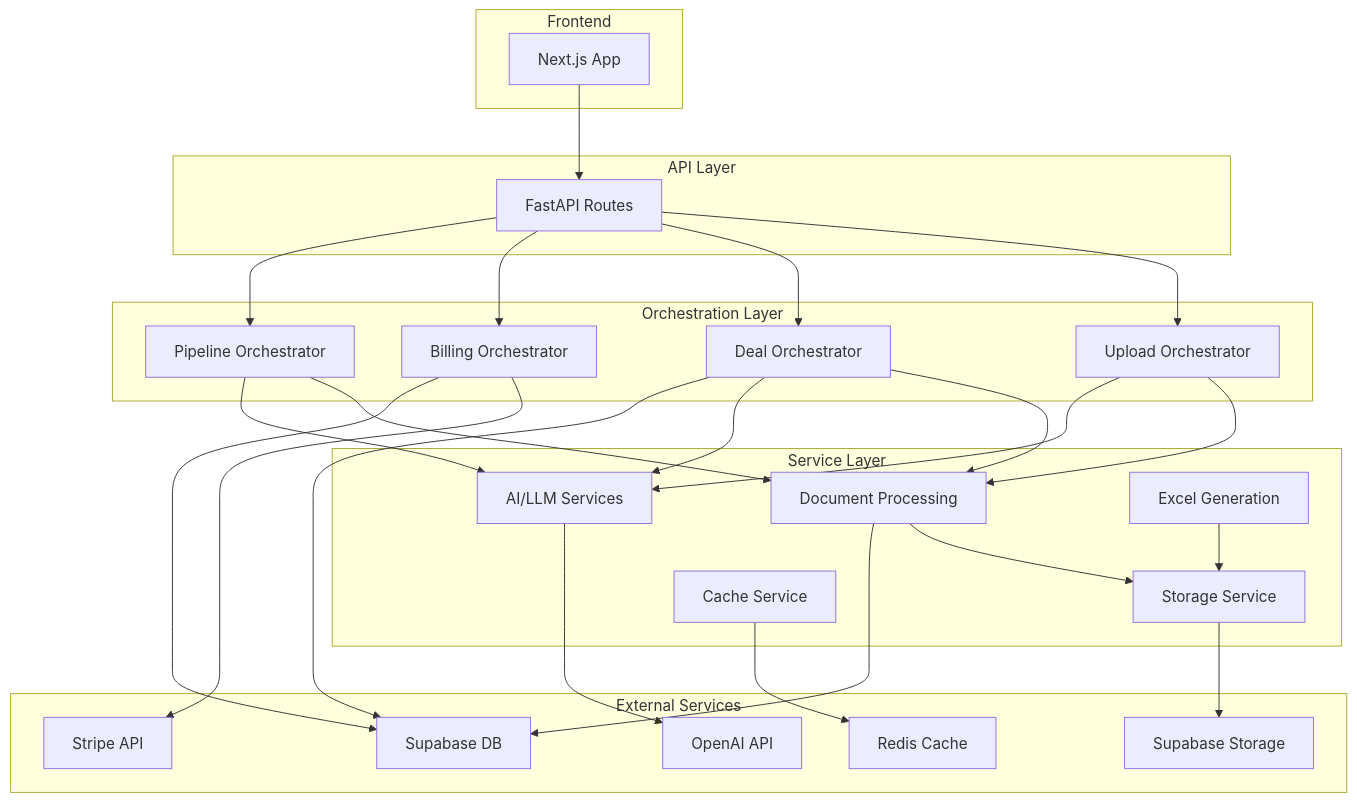
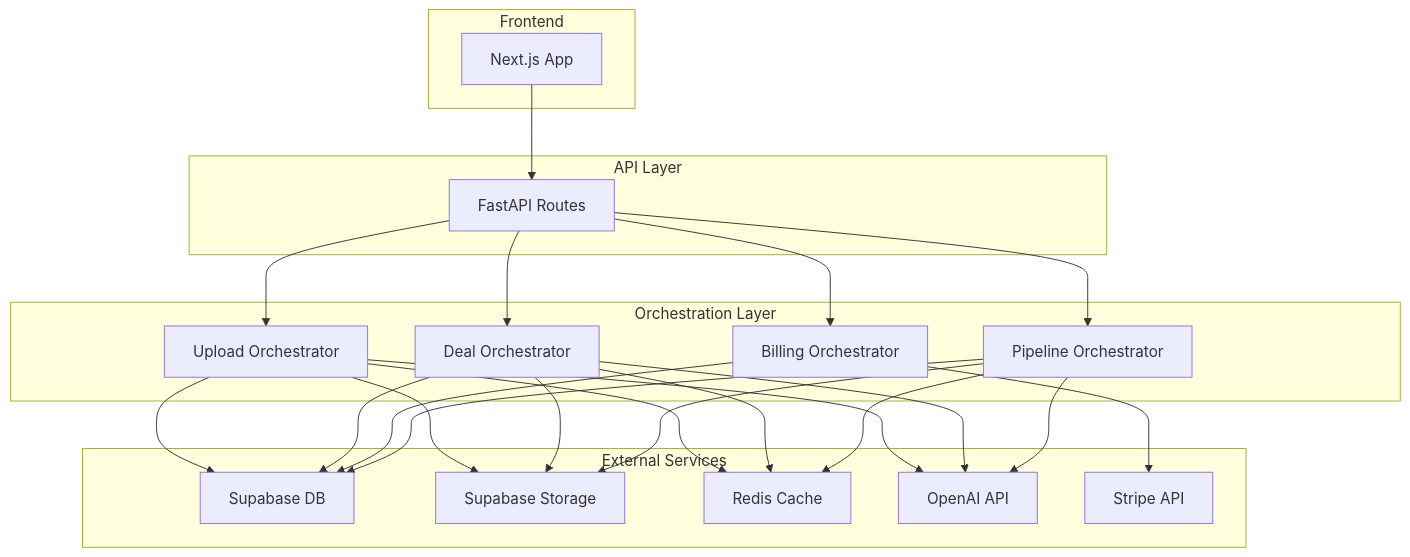
Before and after one commit to into-the-mehtaverse/dealq-showcase: the diagram in README.md, drawn with Mermaid.

Commit message:
simplified mermaid

````diff
--- a/README.md
+++ b/README.md
@@ -39,57 +39,46 @@
 ```mermaid
 graph TB
     subgraph "Frontend"
         A[Next.js App]
     end
 
     subgraph "API Layer"
         B[FastAPI Routes]
     end
 
     subgraph "Orchestration Layer"
         C[Upload Orchestrator]
         D[Deal Orchestrator]
         E[Billing Orchestrator]
         F[Pipeline Orchestrator]
     end
 
-    subgraph "Service Layer"
-        G[Document Processing]
-        H[AI/LLM Services]
-        I[Excel Generation]
-        J[Storage Service]
-        K[Cache Service]
-    end
-
     subgraph "External Services"
-        L[Supabase DB]
-        M[Supabase Storage]
-        N[Redis Cache]
-        O[OpenAI API]
-        P[Stripe API]
+        G[Supabase DB]
+        H[Supabase Storage]
+        I[Redis Cache]
+        J[OpenAI API]
+        K[Stripe API]
     end
 
     A --> B
     B --> C
     B --> D
     B --> E
     B --> F
 
     C --> G
     C --> H
+    C --> I
+    C --> J
     D --> G
     D --> H
-    E --> P
+    D --> I
+    D --> J
+    E --> K
+    E --> G
     F --> G
     F --> H
-
-    G --> J
-    H --> O
-    I --> J
-    J --> M
-    K --> N
-
-    G --> L
-    D --> L
-    E --> L
+    F --> I
+    F --> J
 ```
````
